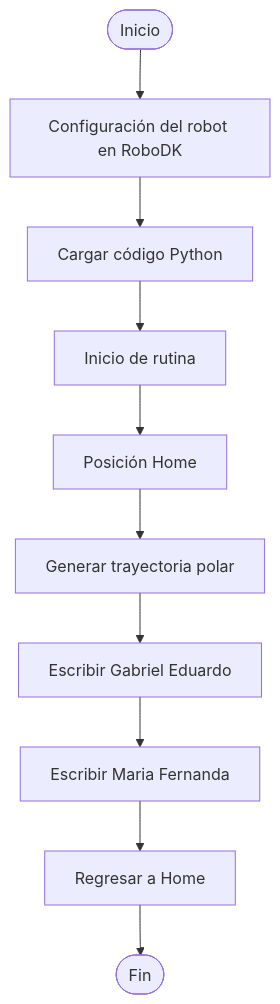
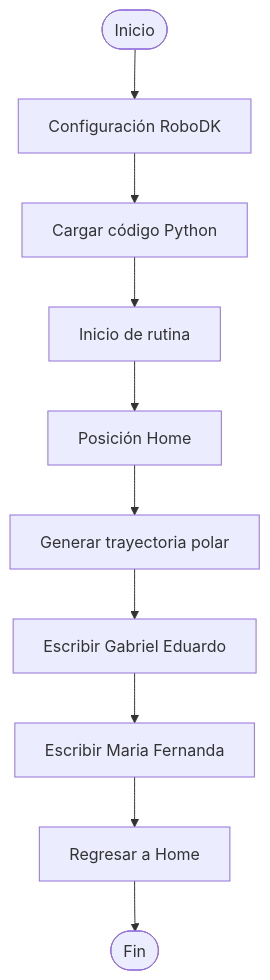
One commit to labsir-un/Robotica-2026-I-Equipo-3B-Bojaca-Morillo changed the diagram in Laboratorio No. 02 - Robótica Industrial Motoman MH6 y RoboDK/README.MD. Above: the diagram before and after it, drawn with Mermaid.

````diff
--- a/Laboratorio No. 02 - Robótica Industrial Motoman MH6 y RoboDK/README.MD
+++ b/Laboratorio No. 02 - Robótica Industrial Motoman MH6 y RoboDK/README.MD
@@ -308,24 +308,24 @@
 ```mermaid
 flowchart TD
 
     A([Inicio])
 
-    A --> B[Configuración del robot en RoboDK]
+    A --> B[Configuración RoboDK]
 
     B --> C[Cargar código Python]
 
     C --> D[Inicio de rutina]
 
     D --> E[Posición Home] 
     E --> F[Generar trayectoria polar]
 
     F--> G[Escribir Gabriel Eduardo]
 
     G --> H[Escribir Maria Fernanda]
 
    
 
     H --> I[Regresar a Home]
 
     I --> J([Fin])
 ```
````
